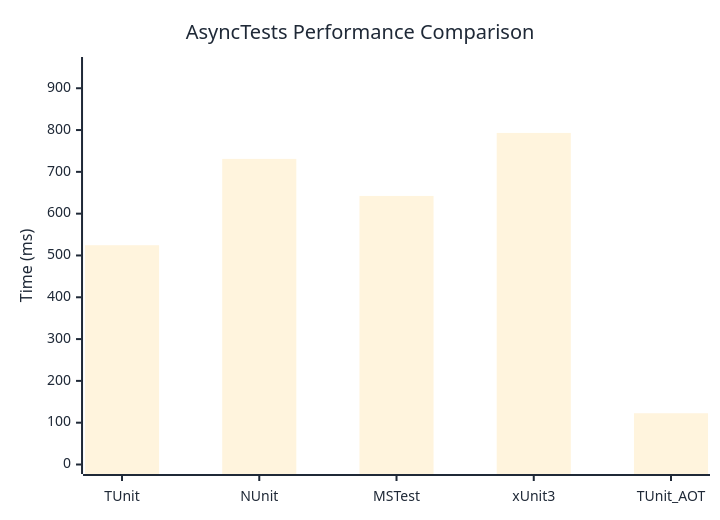
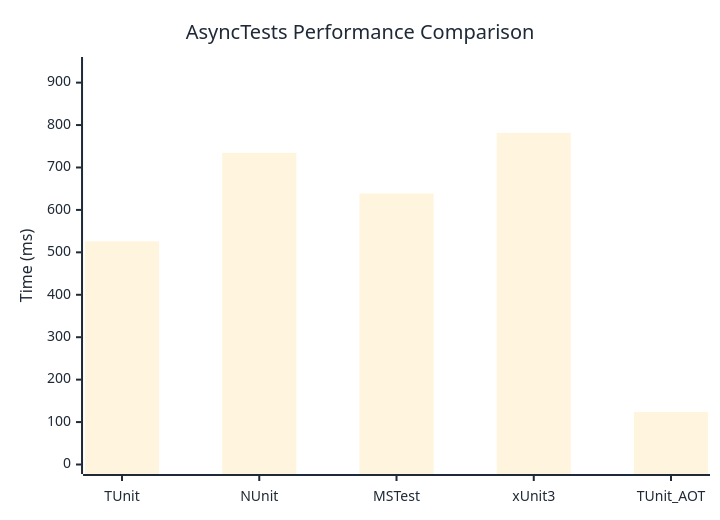
Before and after one commit to thomhurst/TUnit: the diagram in docs/docs/benchmarks/AsyncTests.md, drawn with Mermaid. The commit also changed other lines of this file and 17 other files, not shown here.

````diff
--- a/docs/docs/benchmarks/AsyncTests.md
+++ b/docs/docs/benchmarks/AsyncTests.md
@@ -27,37 +27,37 @@
 ```mermaid
 %%{init: {
   'theme':'base',
   'themeVariables': {
     'primaryColor': '#2563eb',
     'primaryTextColor': '#1f2937',
     'primaryBorderColor': '#1e40af',
     'lineColor': '#6b7280',
     'secondaryColor': '#7c3aed',
     'tertiaryColor': '#dc2626',
     'background': '#ffffff',
     'mainBkg': '#2563eb',
     'secondBkg': '#7c3aed',
     'tertiaryBkg': '#dc2626',
     'clusterBkg': '#f3f4f6',
     'edgeLabelBackground': '#ffffff',
     'tertiaryTextColor': '#1f2937',
     'pie1': '#2563eb',
     'pie2': '#7c3aed',
     'pie3': '#dc2626',
     'pie4': '#f59e0b',
     'pie5': '#10b981',
     'pie6': '#06b6d4',
     'pie7': '#ec4899',
     'pie8': '#6366f1',
     'pie9': '#84cc16',
     'pie10': '#f97316',
     'pie11': '#14b8a6',
     'pie12': '#a855f7'
   }
 }}%%
 xychart-beta
   title "AsyncTests Performance Comparison"
   x-axis ["TUnit", "NUnit", "MSTest", "xUnit3", "TUnit_AOT"]
-  y-axis "Time (ms)" 0 --> 952
-  bar [524.5, 731, 642.4, 793.1, 122.6]
+  y-axis "Time (ms)" 0 --> 938
+  bar [525.8, 734.6, 638.7, 781.5, 123.9]
 ```
````
